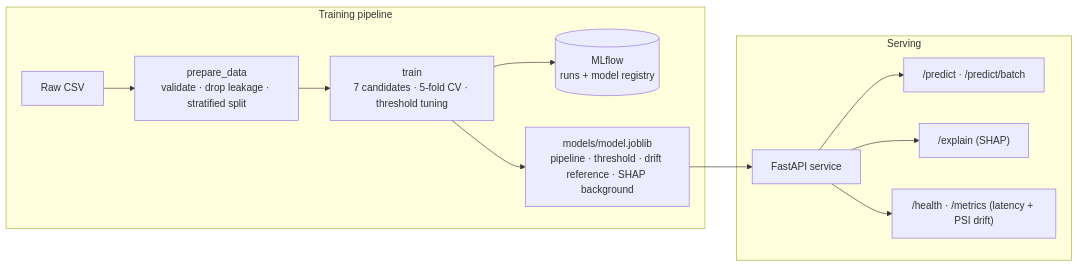
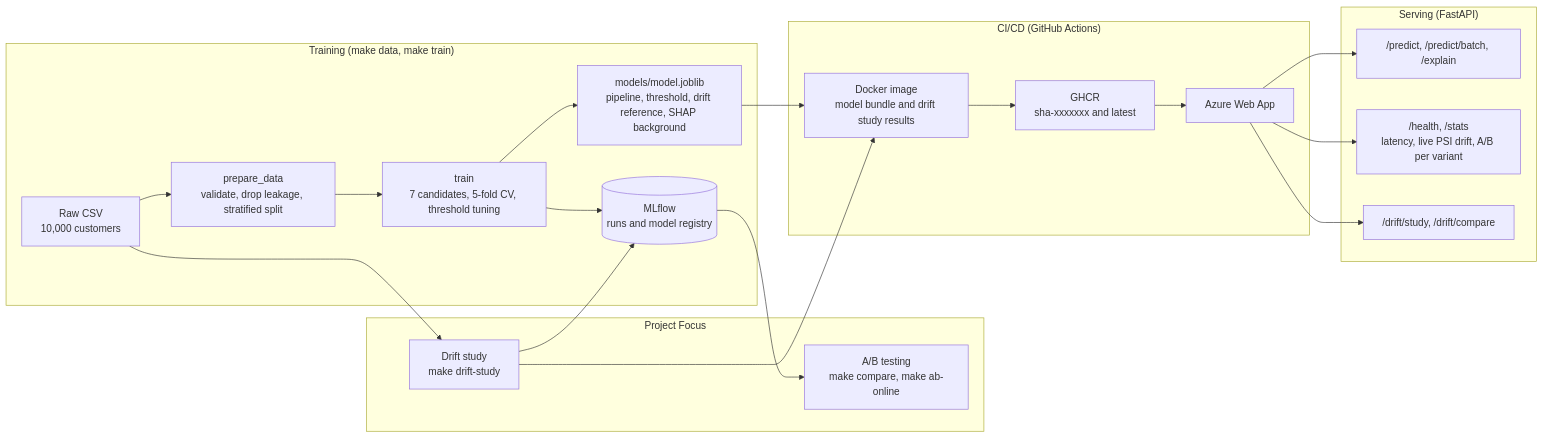
Before and after one commit to gehna88/MLOps_ChurnAI-: the first of 2 diagrams in README.md, drawn with Mermaid. The commit also changed other lines of this file and 1 other file, not shown here.

Commit message:
docs: Milestone 2 README update and drift study contributions

````diff
--- a/README.md
+++ b/README.md
@@ -503,15 +524,25 @@
 ```mermaid
 flowchart LR
-    subgraph Training pipeline
-        A[Raw CSV] --> B[prepare_data<br/>validate · drop leakage · stratified split]
-        B --> C[train<br/>7 candidates · 5-fold CV · threshold tuning]
-        C --> D[(MLflow<br/>runs + model registry)]
-        C --> E[models/model.joblib<br/>pipeline · threshold · drift reference · SHAP background]
+    subgraph training["Training (make data, make train)"]
+        A["Raw CSV<br/>10,000 customers"] --> B["prepare_data<br/>validate, drop leakage, stratified split"]
+        B --> C["train<br/>7 candidates, 5-fold CV, threshold tuning"]
+        C --> D[("MLflow<br/>runs and model registry")]
+        C --> E["models/model.joblib<br/>pipeline, threshold, drift reference, SHAP background"]
     end
-    subgraph Serving
-        E --> F[FastAPI service]
-        F --> G["/predict · /predict/batch"]
-        F --> H["/explain (SHAP)"]
-        F --> I["/health · /metrics (latency + PSI drift)"]
+    subgraph focus["Project Focus"]
+        D --> AB["A/B testing<br/>make compare, make ab-online"]
+        A --> DS["Drift study<br/>make drift-study"]
+        DS --> D
+    end
+    subgraph delivery["CI/CD (GitHub Actions)"]
+        E --> IMG["Docker image<br/>model bundle and drift study results"]
+        DS --> IMG
+        IMG --> GHCR["GHCR<br/>sha-xxxxxxx and latest"]
+        GHCR --> AZ["Azure Web App"]
+    end
+    subgraph serving["Serving (FastAPI)"]
+        AZ --> P["/predict, /predict/batch, /explain"]
+        AZ --> H["/health, /stats<br/>latency, live PSI drift, A/B per variant"]
+        AZ --> DR["/drift/study, /drift/compare"]
     end
 ```
````
